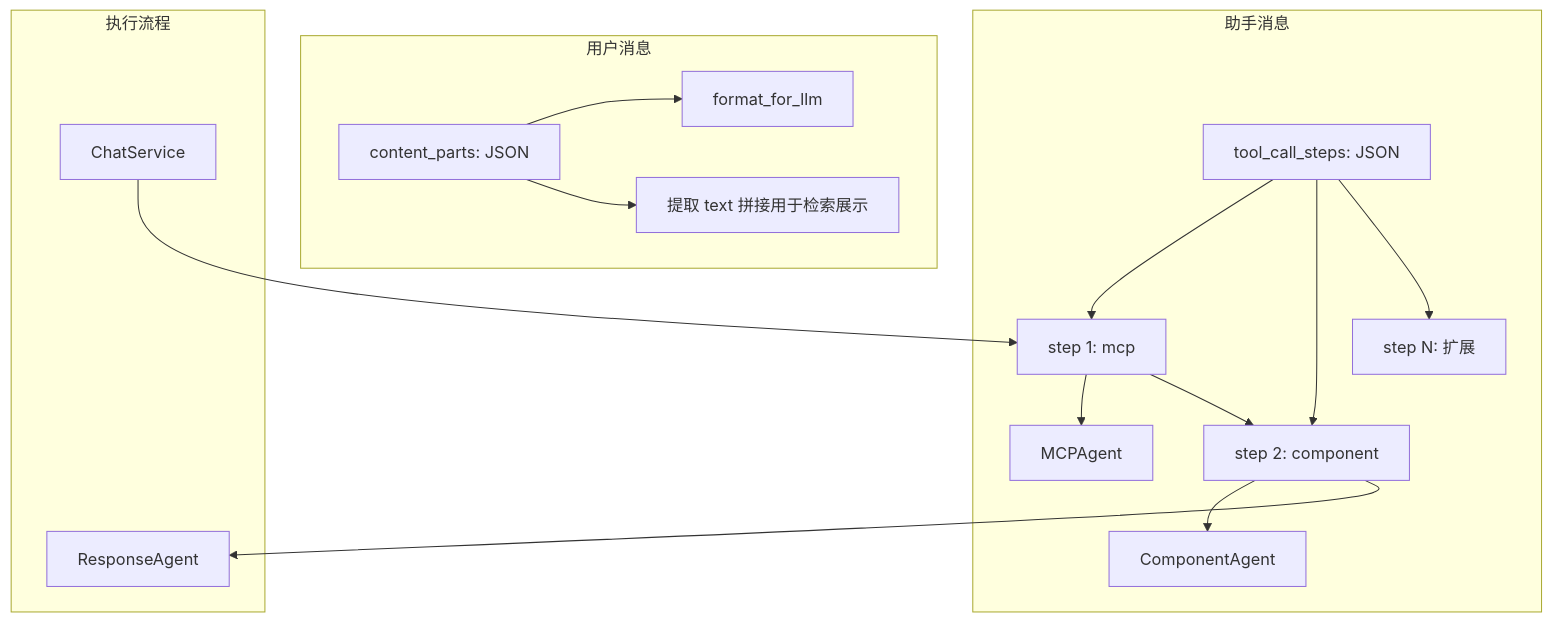
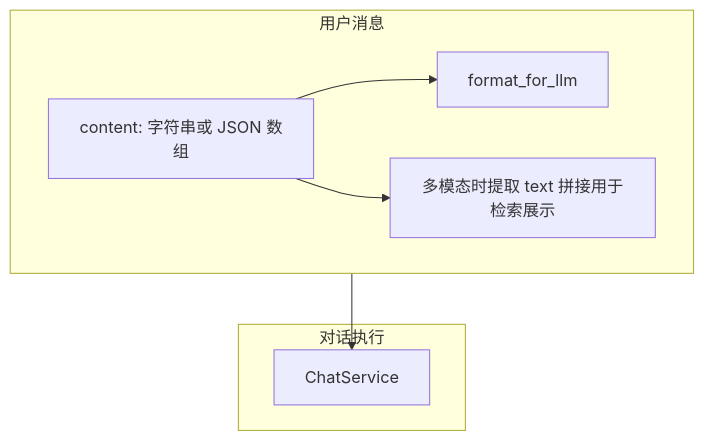
Before and after one commit to wuhonglei/chat-agent: the diagram in backend/.cursor/plans/消息表数据库结构重设计_ab82987a.plan.md, drawn with Mermaid. The commit also changed other lines of this file, not shown here.

Commit message:
feat: 更新用户问题支持多模态内容，扩展 Message 表结构

````diff
--- a/backend/.cursor/plans/消息表数据库结构重设计_ab82987a.plan.md
+++ b/backend/.cursor/plans/消息表数据库结构重设计_ab82987a.plan.md
@@ -219,23 +158,14 @@
 ```mermaid
 flowchart TB
     subgraph UserMessage [用户消息]
-        content_parts[content_parts: JSON]
-        content_parts --> format[format_for_llm]
-        content_parts --> extract[提取 text 拼接用于检索展示]
+        content[content: 字符串或 JSON 数组]
+        content --> format[format_for_llm]
+        content --> extract[多模态时提取 text 拼接用于检索展示]
     end
 
-    subgraph AssistantMessage [助手消息]
-        steps[tool_call_steps: JSON]
-        steps --> step1[step 1: mcp]
-        steps --> step2[step 2: component]
-        steps --> stepN[step N: 扩展]
-        step1 --> MCPAgent
-        step2 --> ComponentAgent
+    subgraph Execution [对话执行]
+        ChatService[ChatService]
     end
 
-    subgraph Execution [执行流程]
-        ChatService --> step1
-        step1 --> step2
-        step2 --> ResponseAgent
-    end
+    UserMessage --> ChatService
 ```
````
